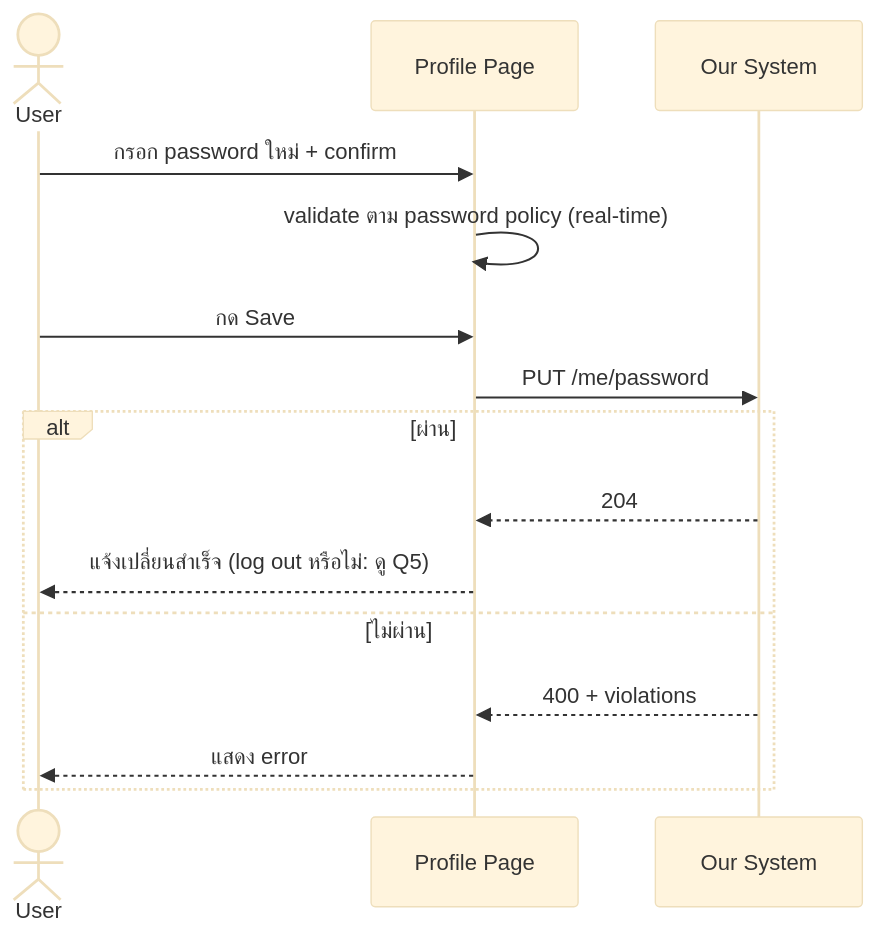
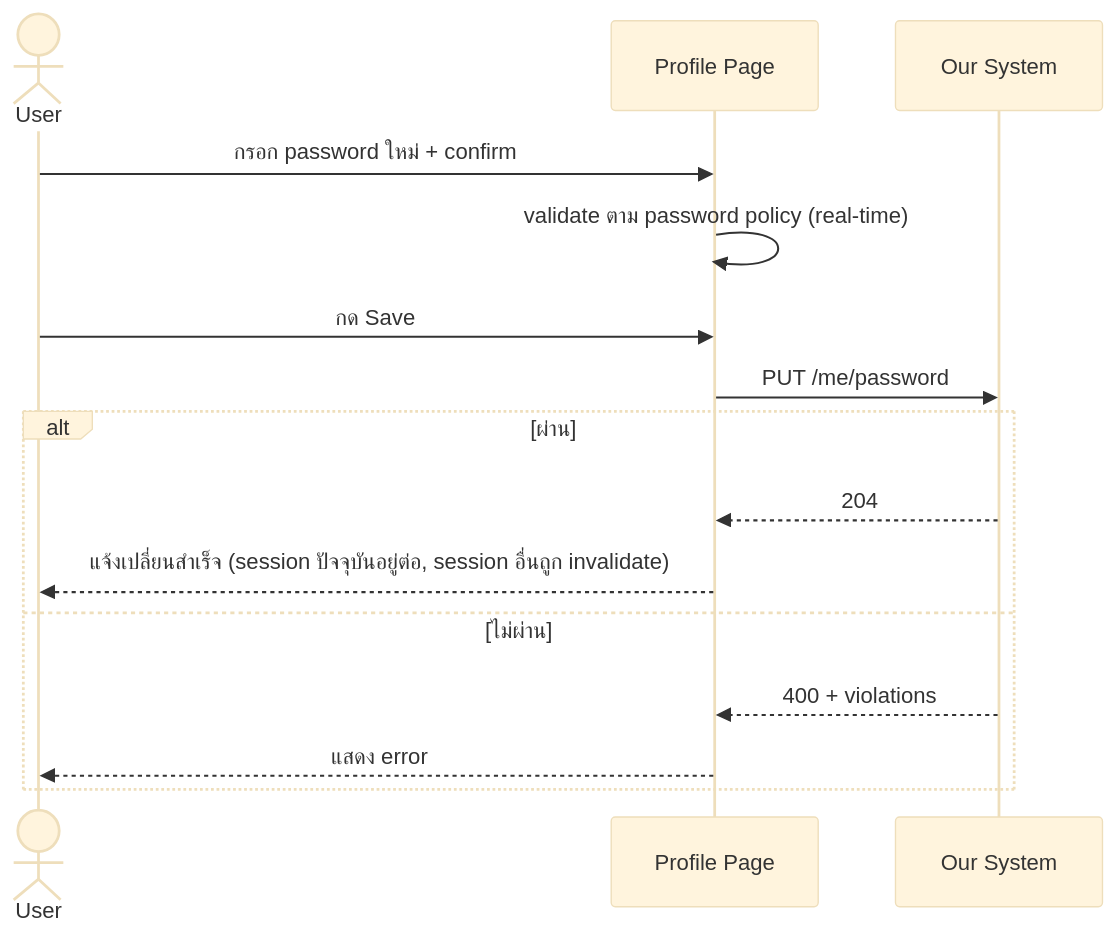
The fifth of 5 diagrams in document/diagram/login-flow.md (jeweal-pm/f1-system), drawn with Mermaid (base theme) before and after one commit. The commit also changed other lines of this file and 32 other files, not shown here.

Commit message:
feat: complete auth flow and login UX

````diff
--- a/document/diagram/login-flow.md
+++ b/document/diagram/login-flow.md
@@ -112,18 +113,18 @@
 ```mermaid
 sequenceDiagram
     actor U as User
     participant UI as Profile Page
     participant API as Our System
 
     U->>UI: กรอก password ใหม่ + confirm
     UI->>UI: validate ตาม password policy (real-time)
     U->>UI: กด Save
     UI->>API: PUT /me/password
     alt ผ่าน
         API-->>UI: 204
-        UI-->>U: แจ้งเปลี่ยนสำเร็จ (log out หรือไม่: ดู Q5)
+        UI-->>U: แจ้งเปลี่ยนสำเร็จ (session ปัจจุบันอยู่ต่อ, session อื่นถูก invalidate)
     else ไม่ผ่าน
         API-->>UI: 400 + violations
         UI-->>U: แสดง error
     end
 ```
````
